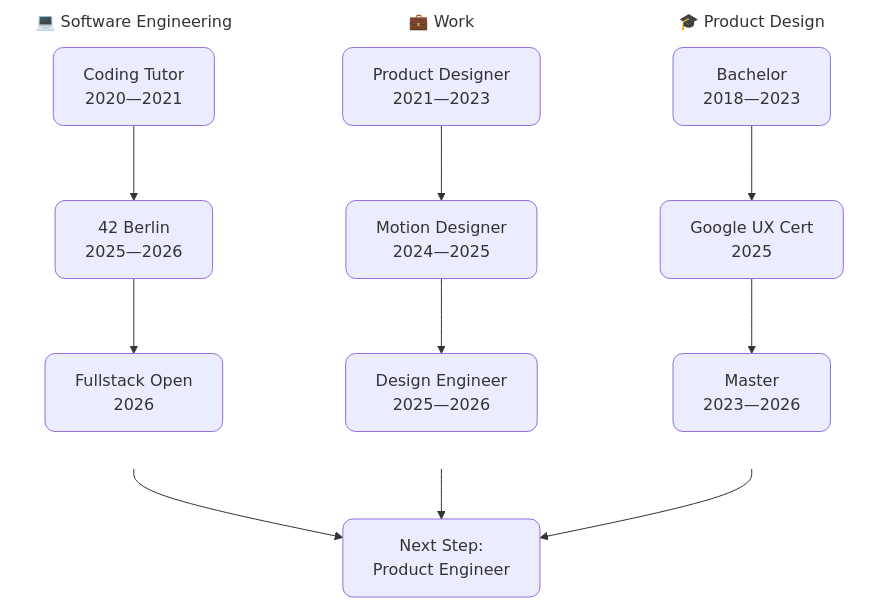
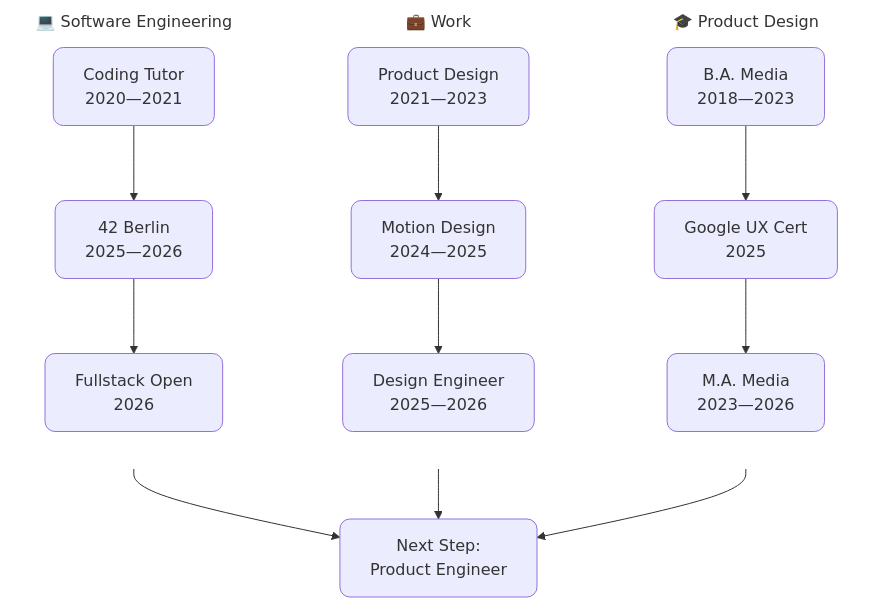
The diagram in README.md (Kopfdreher/Kopfdreher), drawn with Mermaid before and after one commit. The commit also changed other lines of this file, not shown here.

````diff
--- a/README.md
+++ b/README.md
@@ -29,27 +29,27 @@
 ```mermaid
 graph TD
     classDef card rx:10,ry:10
 
     subgraph EDU [🎓 Product Design]
         direction TB
-        E1[Bachelor<br/>2018—2023] --> E2[Google UX Cert<br/>2025] --> E3[Master<br/>2023—2026]
+        E1[B.A. Media<br/>2018—2023] --> E2[Google UX Cert<br/>2025] --> E3[M.A. Media<br/>2023—2026]
     end
     style EDU fill:none,stroke:none
 
     subgraph JOB [💼 Work]
         direction TB
-        J1[Product Designer<br/>2021—2023] --> J2[Motion Designer<br/>2024—2025] --> J3[Design Engineer<br/>2025—2026]
+        J1[Product Design<br/>2021—2023] --> J2[Motion Design<br/>2024—2025] --> J3[Design Engineer<br/>2025—2026]
     end
     style JOB fill:none,stroke:none
 
     subgraph SWE [💻 Software Engineering]
         direction TB
         S1[Coding Tutor<br/>2020—2021] --> S2[42 Berlin<br/>2025—2026] --> S3[Fullstack Open<br/>2026]
     end
     style SWE fill:none,stroke:none
 
     E3 --> JOIN[Next Step:<br/>Product Engineer]
     J3 --> JOIN
     S3 --> JOIN
     class E1,E2,E3,J1,J2,J3,S1,S2,S3,JOIN card
 ```
````
